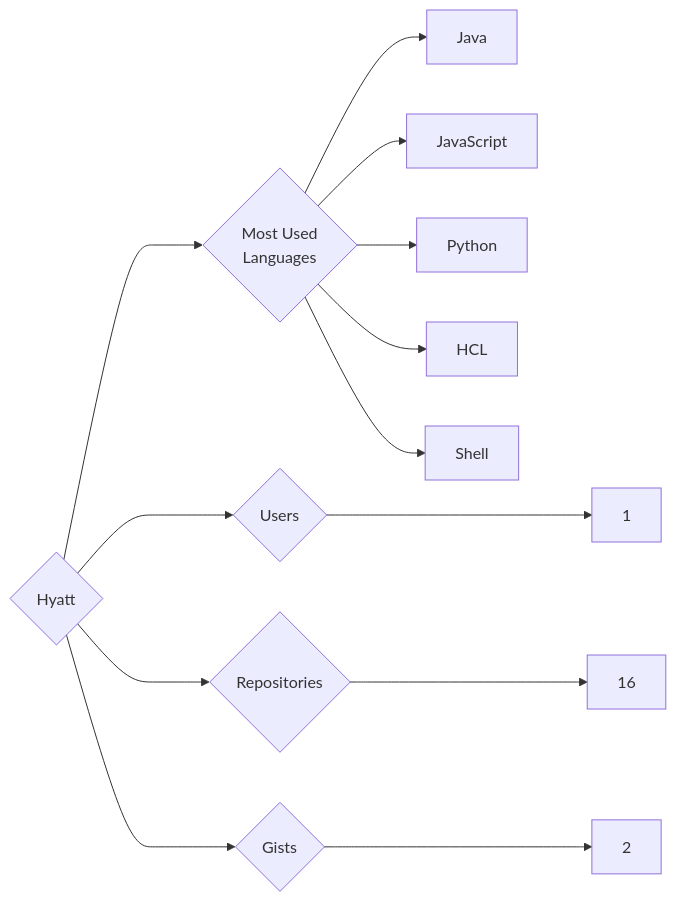
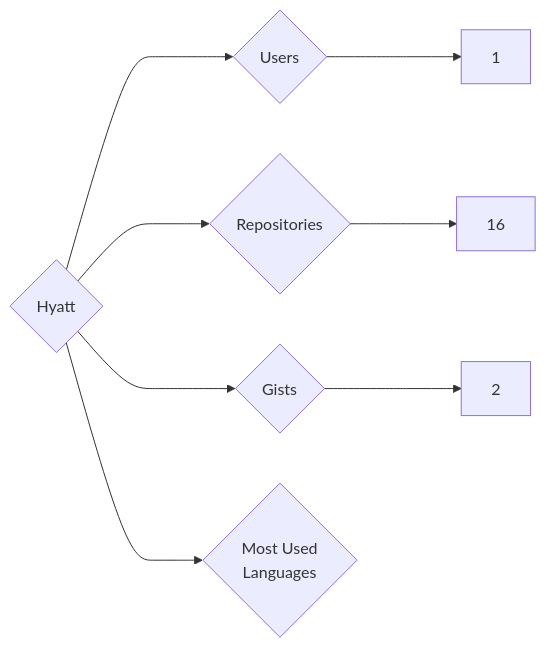
One commit to trickest/insiders changed the diagram in targets/Hyatt/README.md. Above: the diagram before and after it, drawn with Mermaid. The commit also changed 865 other files, not shown here.

````diff
--- a/targets/Hyatt/README.md
+++ b/targets/Hyatt/README.md
@@ -3,13 +3,8 @@
 ```mermaid
 graph LR
 COMPANY_NAME{Hyatt}
 COMPANY_NAME ---> U{Users} ---> UN[1]
 COMPANY_NAME ---> R{Repositories} ---> RN[16]
 COMPANY_NAME ---> G{Gists} ---> GN[2]
 COMPANY_NAME ---> ML{Most Used<br>Languages}
-ML --> Java[Java]
-ML --> JavaScript[JavaScript]
-ML --> Python[Python]
-ML --> HCL[HCL]
-ML --> Shell[Shell]
 ```
````
